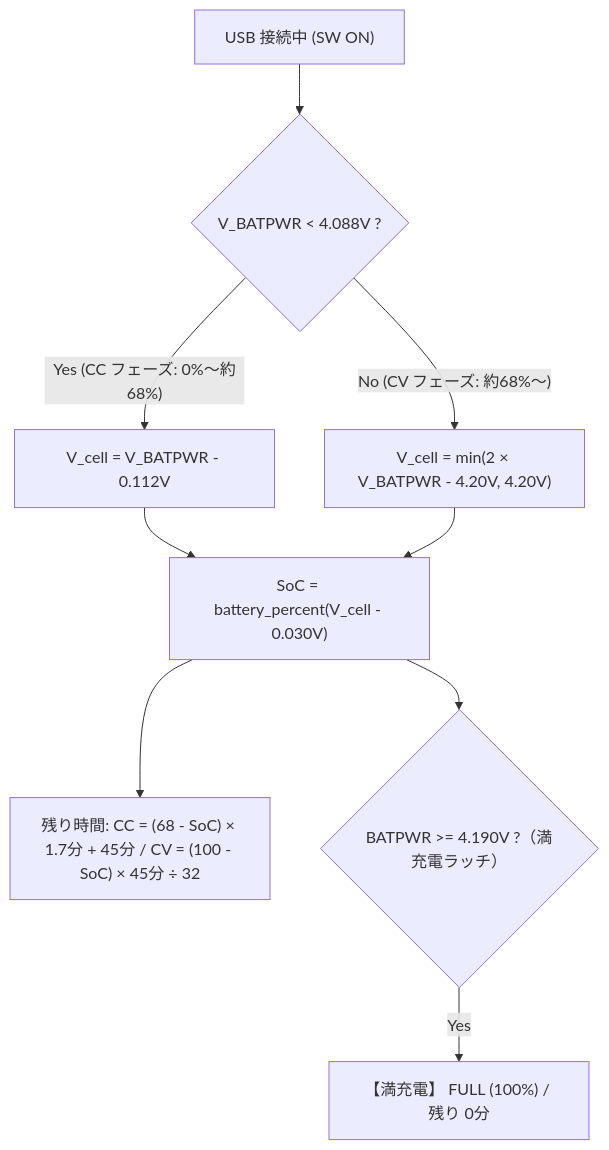
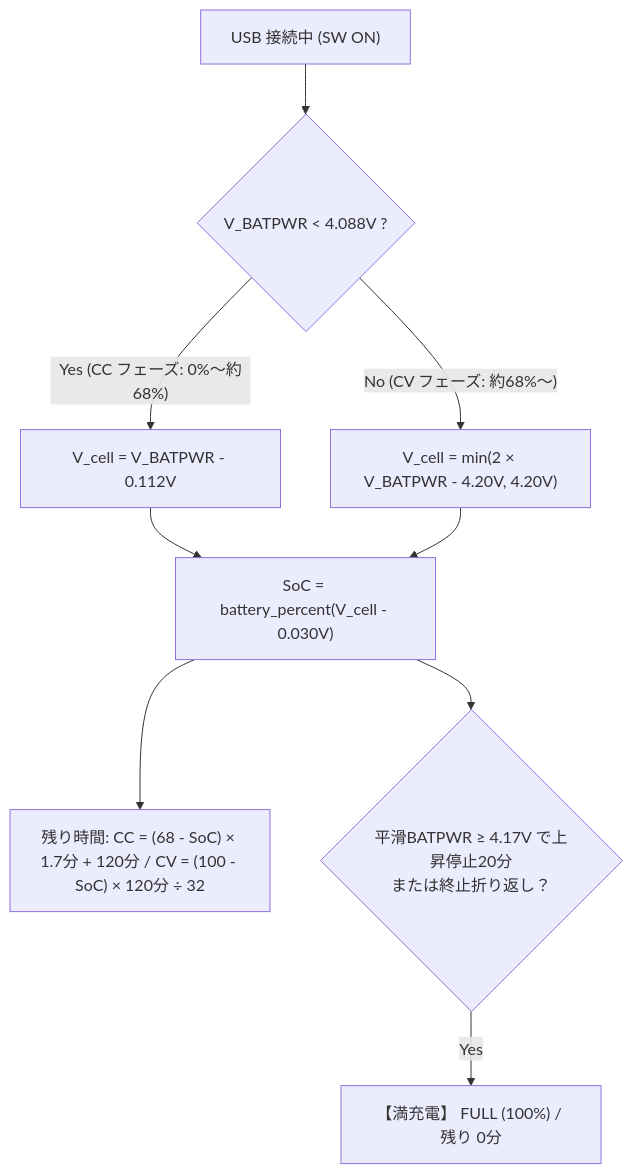
One commit to MasaoC/GPS-TFT-Map_PONS changed the second of 2 diagrams in docs/pons_charge_estimation.md. Above: the diagram before and after it, drawn with Mermaid. The commit also changed other lines of this file and 44 other files, not shown here.

````diff
--- a/docs/pons_charge_estimation.md
+++ b/docs/pons_charge_estimation.md
@@ -111,11 +111,11 @@
 ```mermaid
 flowchart TD
     A["USB 接続中 (SW ON)"] --> B{"V_BATPWR < 4.088V ?"}
     B -->|"Yes (CC フェーズ: 0%〜約68%)"| C["V_cell = V_BATPWR - 0.112V"]
     B -->|"No (CV フェーズ: 約68%〜)"| D["V_cell = min(2 × V_BATPWR - 4.20V, 4.20V)"]
     C --> P["SoC = battery_percent(V_cell - 0.030V)"]
     D --> P
-    P --> R["残り時間: CC = (68 - SoC) × 1.7分 + 45分 / CV = (100 - SoC) × 45分 ÷ 32"]
-    P --> E{"BATPWR >= 4.190V ?（満充電ラッチ）"}
+    P --> R["残り時間: CC = (68 - SoC) × 1.7分 + 120分 / CV = (100 - SoC) × 120分 ÷ 32"]
+    P --> E{"平滑BATPWR ≥ 4.17V で上昇停止20分<br>または終止折り返し？"}
     E -->|"Yes"| F["【満充電】 FULL (100%) / 残り 0分"]
 ```
````
